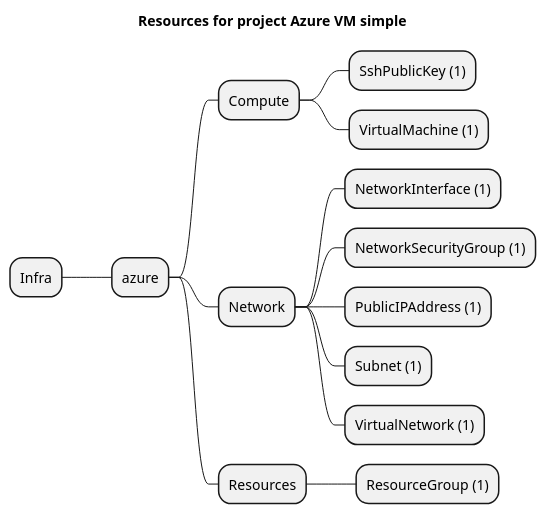
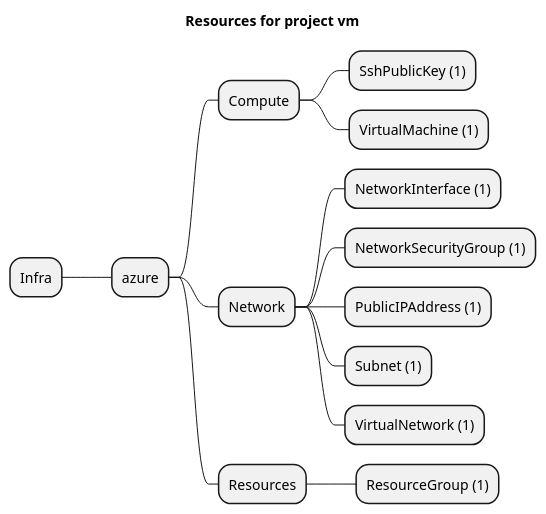
Before and after one commit to grucloud/grucloud: the diagram in examples/azure/Compute/vm/artifacts/resources-mindmap.puml, drawn with PlantUML. The commit also changed 11 other files, not shown here.

```diff
--- a/examples/azure/Compute/vm/artifacts/resources-mindmap.puml
+++ b/examples/azure/Compute/vm/artifacts/resources-mindmap.puml
@@ -1,17 +1,17 @@
 @startmindmap
-title Resources for project Azure VM simple
+title Resources for project vm
 skinparam monochrome true
 + Infra
 ++ azure
 +++ Compute
 ++++ SshPublicKey (1)
 ++++ VirtualMachine (1)
 +++ Network
 ++++ NetworkInterface (1)
 ++++ NetworkSecurityGroup (1)
 ++++ PublicIPAddress (1)
 ++++ Subnet (1)
 ++++ VirtualNetwork (1)
 +++ Resources
 ++++ ResourceGroup (1)
 @endmindmap
```
